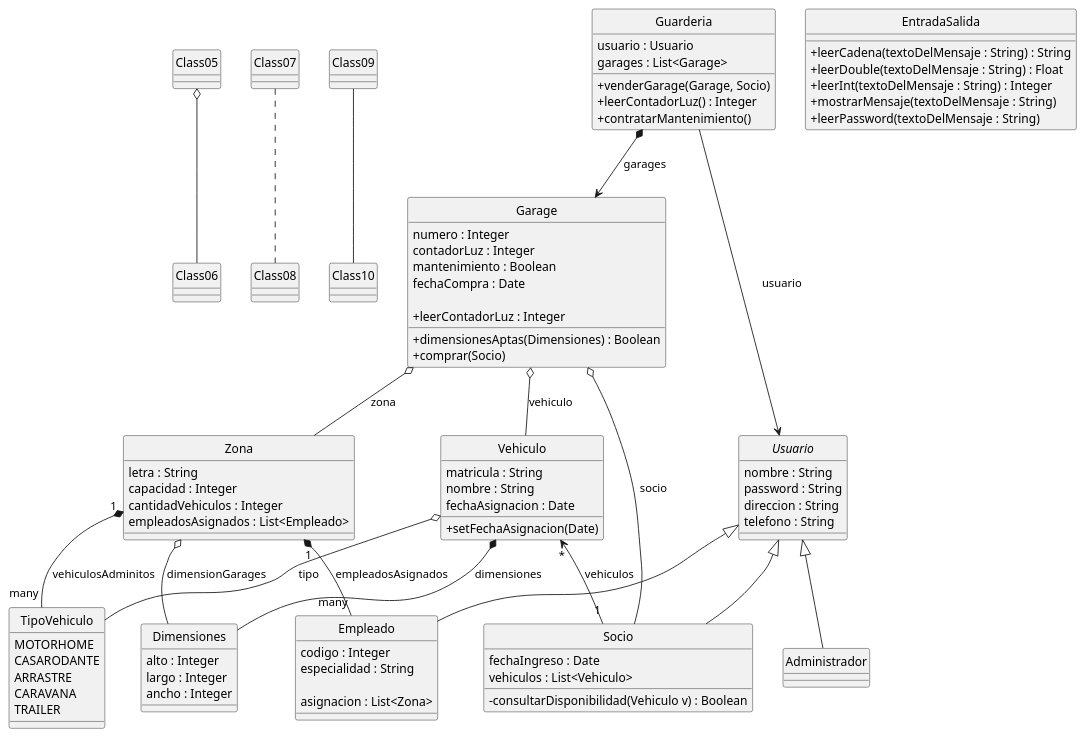
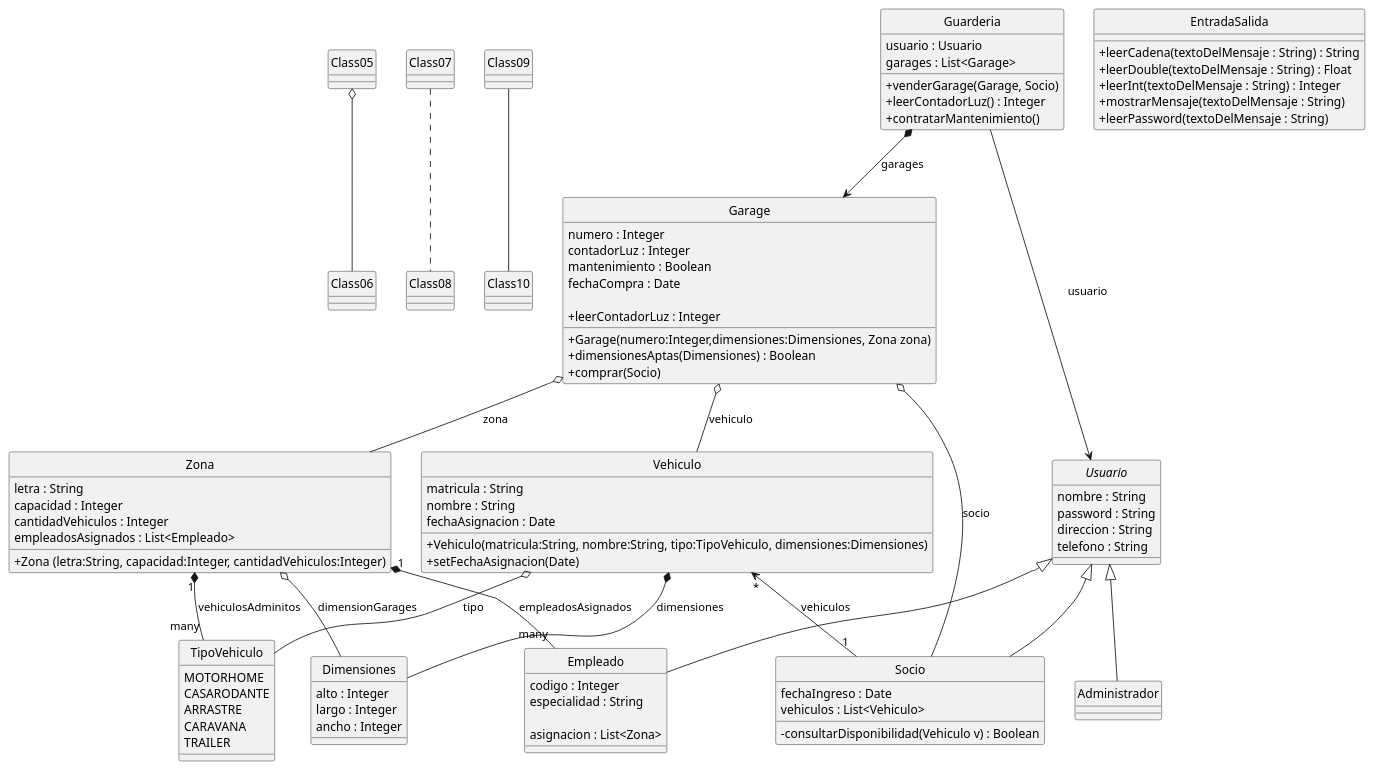
The diagram in resources/plantuml.puml (LeandroFulvio/inspt-p2-guarderia-central), drawn with PlantUML before and after one commit. The commit also changed 3 other files, not shown here.

Commit message:
Constructores a uml

```diff
--- a/resources/plantuml.puml
+++ b/resources/plantuml.puml
@@ -1,129 +1,133 @@
 @startuml
 hide circle
 skinparam classAttributeIconSize 0
 skinparam backgroundColor transparent
 skinparam monochrome true
 skinparam shadowing false
 
 Class05 o-- Class06
 Class07 .. Class08
 Class09 -- Class10
 
 enum      TipoVehiculo {
   MOTORHOME
   CASARODANTE
   ARRASTRE
   CARAVANA
   TRAILER
 }
 
 class     Dimensiones {
   alto : Integer
   largo : Integer
   ancho : Integer
 }
 /'
 **** Vehiculo Composicion con Dimensiones ****
 **** Vehiculo Agregacion con TipoVehiculo ****
 '/
 Vehiculo o-- TipoVehiculo : tipo
 Vehiculo *-- Dimensiones : dimensiones
 
 class Vehiculo {
   matricula : String
   nombre : String
   fechaAsignacion : Date
 
+    + Vehiculo(matricula:String, nombre:String, tipo:TipoVehiculo, dimensiones:Dimensiones)
     + setFechaAsignacion(Date)
 }
 
 Vehiculo "*" <-- "1" Socio : vehiculos
 
 class     Garage {
   numero : Integer
   contadorLuz : Integer
   mantenimiento : Boolean
   fechaCompra : Date
 
+    + Garage(numero:Integer,dimensiones:Dimensiones, Zona zona)
     + dimensionesAptas(Dimensiones) : Boolean
     + comprar(Socio)
     + leerContadorLuz : Integer
 }
 /'
 **** Garage Composicion con Vehiculo ****
 **** Garage Agregacion con Zona ****
 '/
 Garage o-- Vehiculo : vehiculo
 Garage o-- Zona : zona
 Garage o-- Socio : socio
 /'
 **** Garage Agregacion con Socio **** ?? No se si es ideal...
 '/
 
 class     Guarderia {
   usuario : Usuario
   garages : List<Garage>
 
     + venderGarage(Garage, Socio)
     + leerContadorLuz() : Integer
     + contratarMantenimiento()
 }
 
 Guarderia *--> Garage : garages
 Guarderia --> Usuario : usuario
 
 class     Zona {
   letra : String
   capacidad : Integer
   cantidadVehiculos : Integer
   empleadosAsignados : List<Empleado>
+
+  + Zona (letra:String, capacidad:Integer, cantidadVehiculos:Integer)
 }
 
 Zona o-- Dimensiones : dimensionGarages
 Zona "1" *-- "many" TipoVehiculo : vehiculosAdminitos
 Zona "1" *-- "many" Empleado : empleadosAsignados
 
 
 abstract class Usuario {
   nombre : String
   password : String
   direccion : String
   telefono : String
 }
 
 class     Socio {
   fechaIngreso : Date
   vehiculos : List<Vehiculo>
 
   - consultarDisponibilidad(Vehiculo v) : Boolean
 
 }
 
 class     Empleado {
   codigo : Integer
   especialidad : String
 
   asignacion : List<Zona>
 
 }
 
 class     Administrador {
 
 
 }
 
 Usuario <|-- Administrador
 Usuario <|-- Empleado
 Usuario <|-- Socio
 
 
 Class EntradaSalida {
   +leerCadena(textoDelMensaje : String) : String
   +leerDouble(textoDelMensaje : String) : Float
   +leerInt(textoDelMensaje : String) : Integer
   +mostrarMensaje(textoDelMensaje : String)
   +leerPassword(textoDelMensaje : String)
 }
 
 
 @enduml
```
